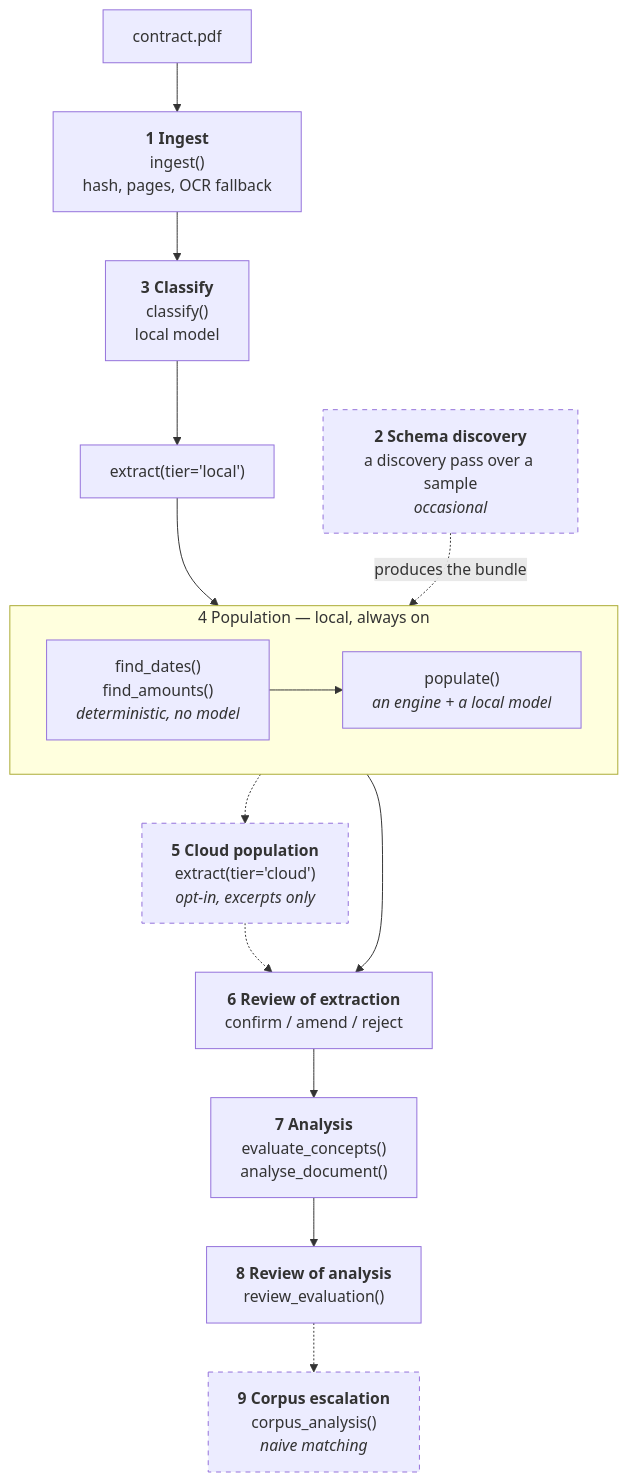
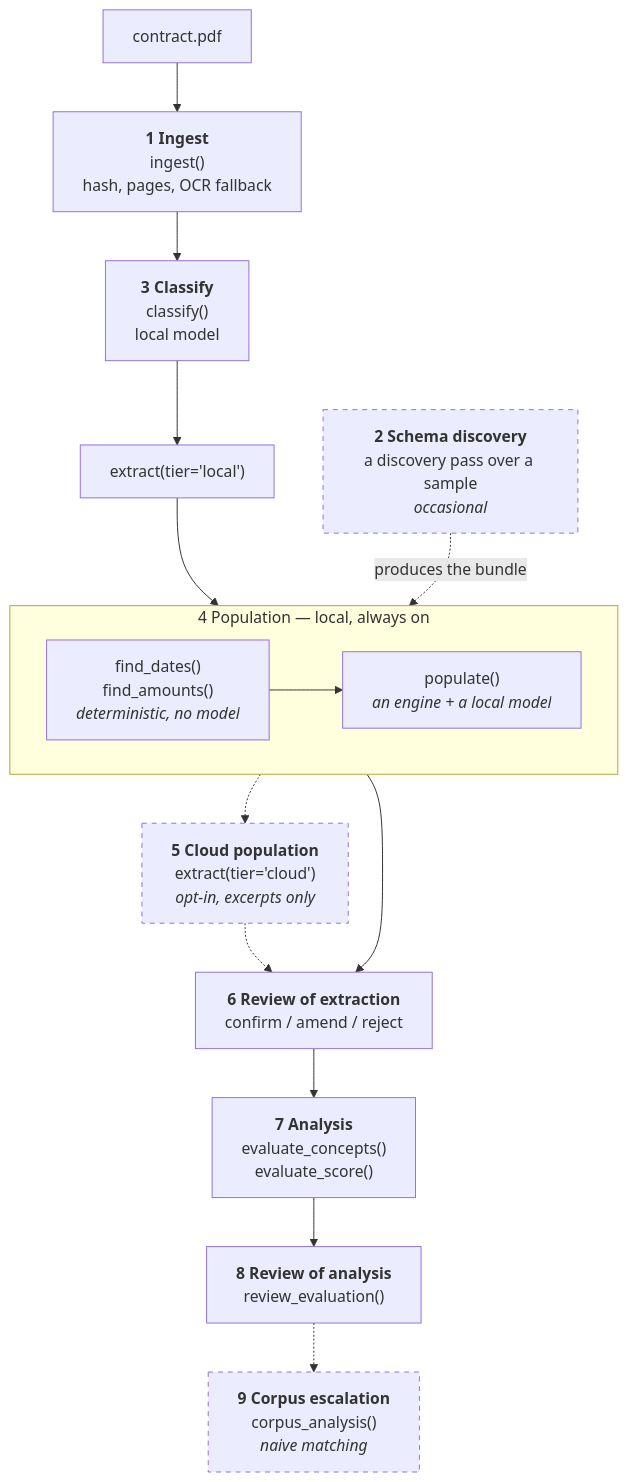
Before and after one commit to CathalByrneGit/Orpheus: the diagram in docs/pipeline-walkthrough.md, drawn with Mermaid. The commit also changed other lines of this file and 23 other files, not shown here.

````diff
--- a/docs/pipeline-walkthrough.md
+++ b/docs/pipeline-walkthrough.md
@@ -8,30 +8,30 @@
 ```mermaid
 flowchart TD
   F["contract.pdf"] --> S1
 
   S1["<b>1 Ingest</b><br/>ingest()<br/>hash, pages, OCR fallback"]
   S1 --> S3["<b>3 Classify</b><br/>classify()<br/>local model"]
   S3 --> S4
 
   subgraph pop["4 Population — local, always on"]
     S4A["find_dates()<br/>find_amounts()<br/><i>deterministic, no model</i>"]
     S4B["populate()<br/><i>an engine + a local model</i>"]
     S4A --> S4B
   end
   S4["extract(tier='local')"] --> pop
   pop --> S6
 
   S5["<b>5 Cloud population</b><br/>extract(tier='cloud')<br/><i>opt-in, excerpts only</i>"]
   pop -.-> S5 -.-> S6
 
   S6["<b>6 Review of extraction</b><br/>confirm / amend / reject"]
-  S6 --> S7["<b>7 Analysis</b><br/>evaluate_concepts()<br/>analyse_document()"]
+  S6 --> S7["<b>7 Analysis</b><br/>evaluate_concepts()<br/>evaluate_score()"]
   S7 --> S8["<b>8 Review of analysis</b><br/>review_evaluation()"]
   S8 -.-> S9["<b>9 Corpus escalation</b><br/>corpus_analysis()<br/><i>naive matching</i>"]
 
   S2["<b>2 Schema discovery</b><br/>a discovery pass over a sample<br/><i>occasional</i>"] -.->|"produces the bundle"| pop
 
   style S5 stroke-dasharray: 5 5
   style S9 stroke-dasharray: 5 5
   style S2 stroke-dasharray: 5 5
 ```
````
